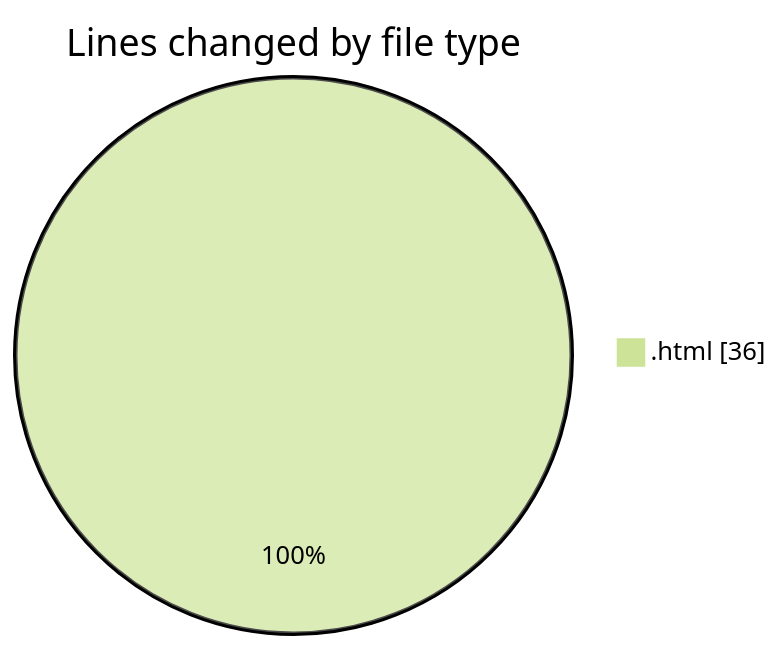
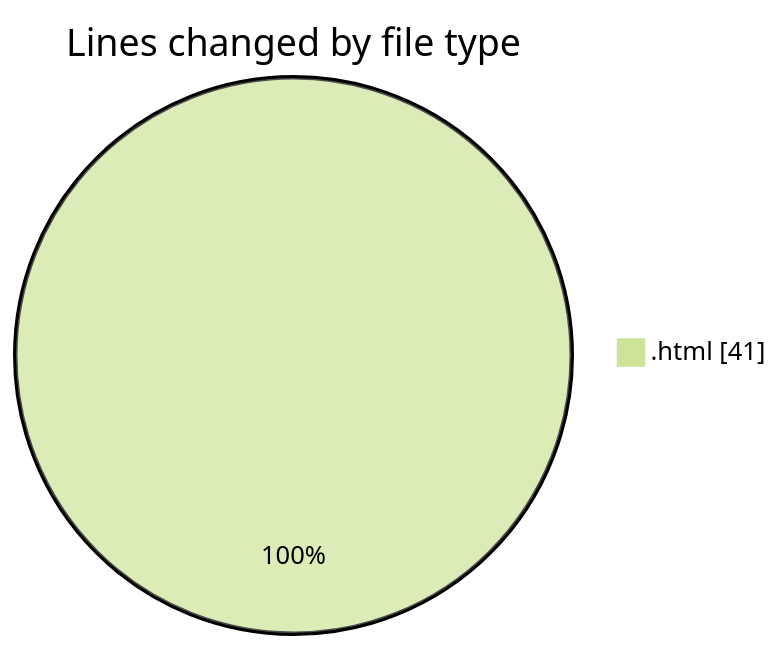
One commit to hasnaa123/code-tracking changed the first of 2 diagrams in 2025-12-24/technologie_web/README.md. Above: the diagram before and after it, drawn with Mermaid (forest theme). The commit also changed other lines of this file and 1 other file, not shown here.

````diff
--- a/2025-12-24/technologie_web/README.md
+++ b/2025-12-24/technologie_web/README.md
@@ -20,5 +20,5 @@
 ```mermaid
 pie showData
 title Lines changed by file type
-".html" : 36
+".html" : 41
 ```
````
